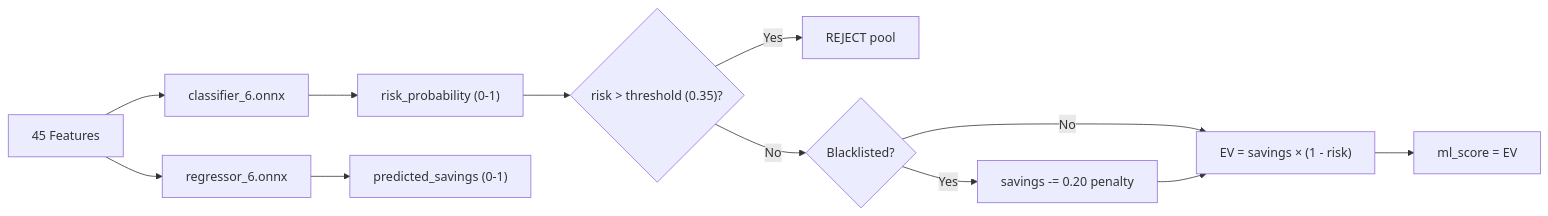
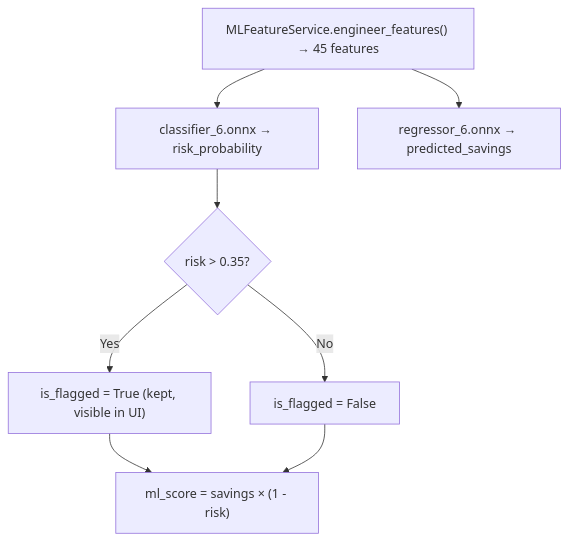
Before and after one commit to atharva0608/final-ml: the second of 16 diagrams in documents/logic.md, drawn with Mermaid. The commit also changed other lines of this file and 93 other files, not shown here.

````diff
--- a/documents/logic.md
+++ b/documents/logic.md
@@ -100,14 +140,10 @@
 ```mermaid
-flowchart LR
-    FE["45 Features"] --> CLS["classifier_6.onnx"]
-    FE --> REG["regressor_6.onnx"]
-    CLS --> RISK["risk_probability (0-1)"]
-    REG --> SAV["predicted_savings (0-1)"]
-    RISK --> HF{"risk > threshold (0.35)?"}
-    HF -- "Yes" --> REJECT["REJECT pool"]
-    HF -- "No" --> BL{"Blacklisted?"}
-    BL -- "Yes" --> PEN["savings -= 0.20 penalty"]
-    BL -- "No" --> EV
-    PEN --> EV["EV = savings × (1 - risk)"]
-    EV --> SCORE["ml_score = EV"]
+flowchart TD
+    FEAT["MLFeatureService.engineer_features() → 45 features"] --> CLS["classifier_6.onnx → risk_probability"]
+    FEAT --> REG["regressor_6.onnx → predicted_savings"]
+    CLS --> FLAG{"risk > 0.35?"}
+    FLAG -- "Yes" --> FLAGGED["is_flagged = True (kept, visible in UI)"]
+    FLAG -- "No" --> OK["is_flagged = False"]
+    FLAGGED --> EV["ml_score = savings × (1 - risk)"]
+    OK --> EV
 ```
````
